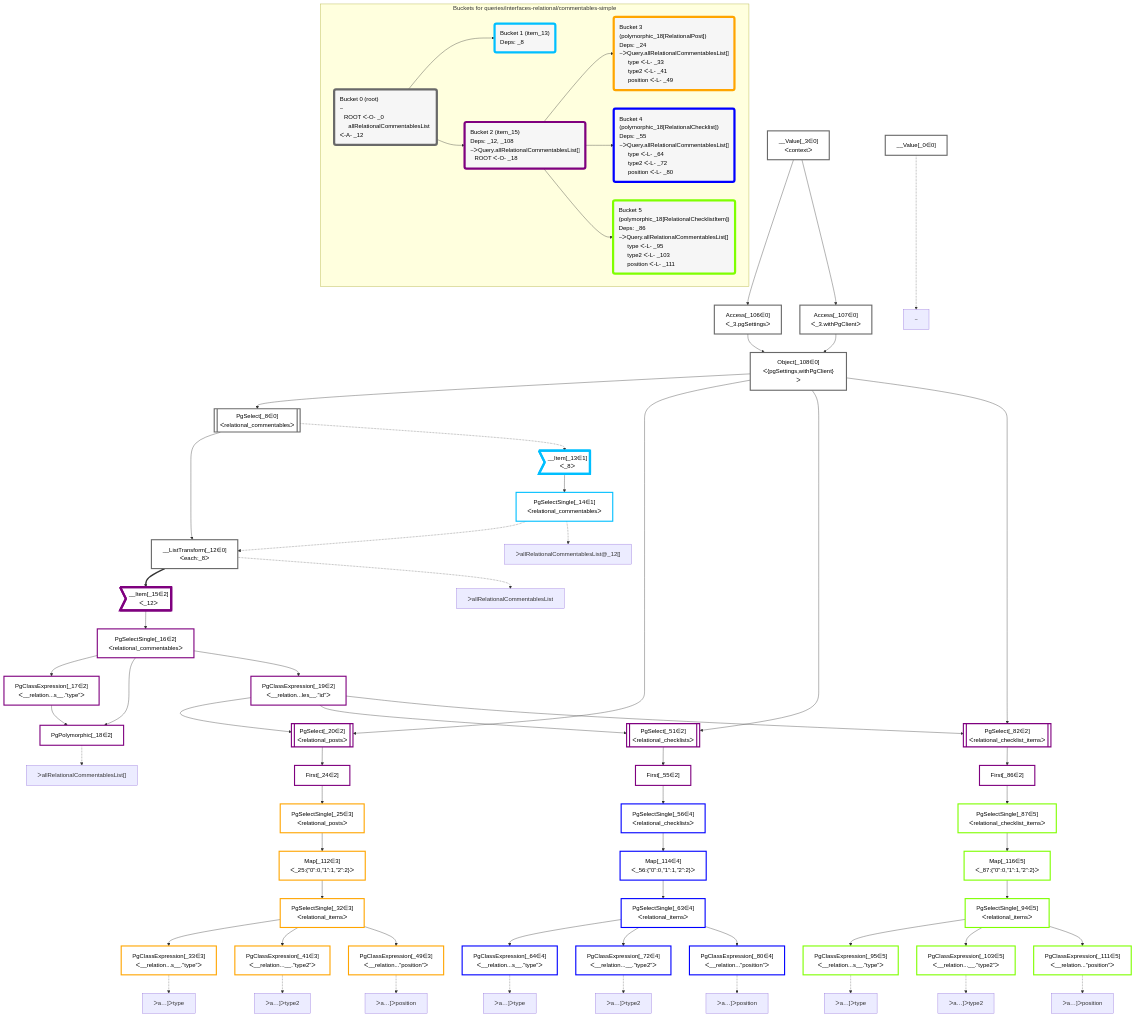
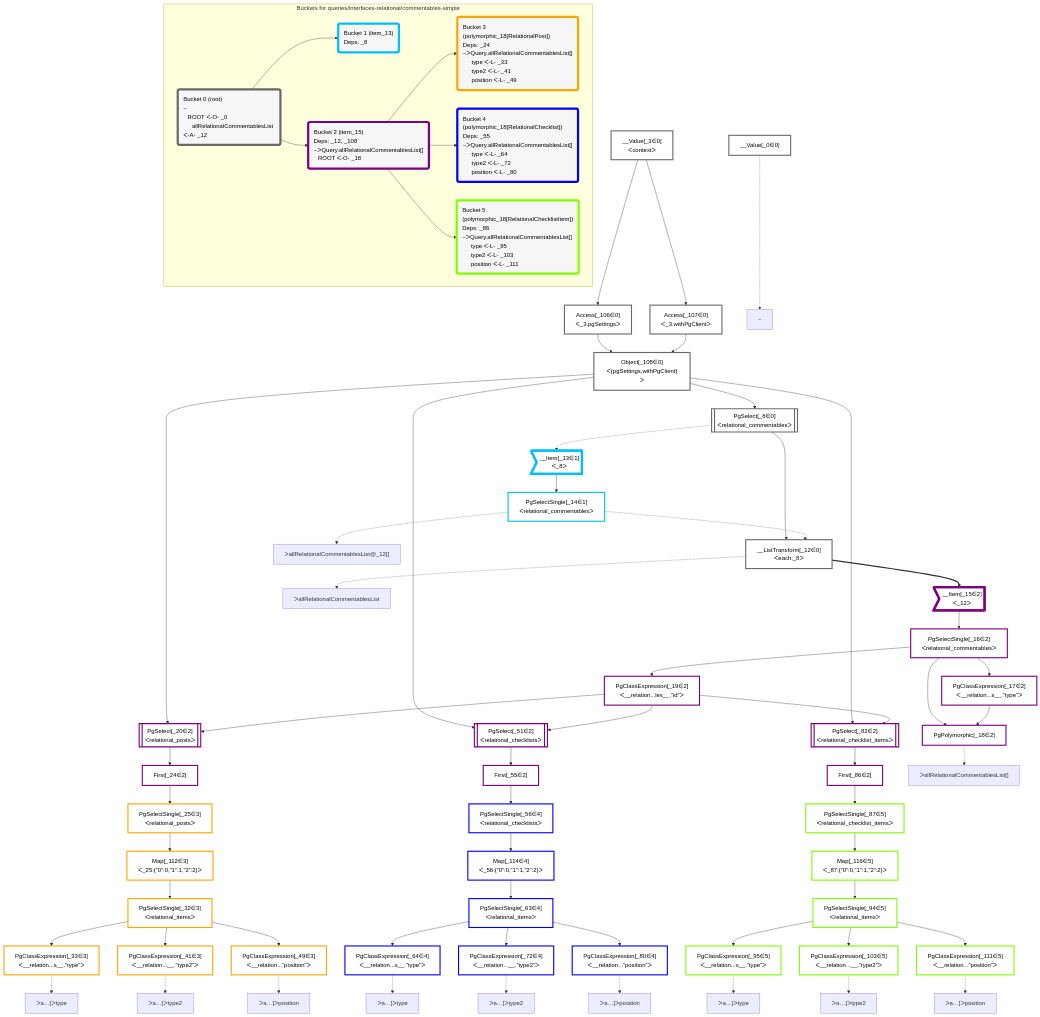
The diagram in packages/dataplan-pg/__tests__/queries/interfaces-relational/commentables-simple.deopt.mermaid.md (graphile/crystal), drawn with Mermaid before and after one commit. The commit also changed other lines of this file and 195 other files, not shown here.

```diff
--- a/packages/dataplan-pg/__tests__/queries/interfaces-relational/commentables-simple.deopt.mermaid.md
+++ b/packages/dataplan-pg/__tests__/queries/interfaces-relational/commentables-simple.deopt.mermaid.md
@@ -9,82 +9,82 @@
 
     %% define plans
     __Value_0["__Value[_0∈0]"]:::plan
-    __Value_3["__Value[_3∈0]<br />ᐸcontextᐳ"]:::plan
-    PgSelect_8[["PgSelect[_8∈0]<br />ᐸrelational_commentablesᐳ"]]:::plan
-    __ListTransform_12["__ListTransform[_12∈0]<br />ᐸeach:_8ᐳ"]:::plan
-    __Item_13>"__Item[_13∈1]<br />ᐸ_8ᐳ"]:::itemplan
-    PgSelectSingle_14["PgSelectSingle[_14∈1]<br />ᐸrelational_commentablesᐳ"]:::plan
-    __Item_15>"__Item[_15∈2]<br />ᐸ_12ᐳ"]:::itemplan
-    PgSelectSingle_16["PgSelectSingle[_16∈2]<br />ᐸrelational_commentablesᐳ"]:::plan
+    PgPolymorphic_18["PgPolymorphic[_18∈2]"]:::plan
     PgClassExpression_17["PgClassExpression[_17∈2]<br />ᐸ__relation...s__.”type”ᐳ"]:::plan
-    PgPolymorphic_18["PgPolymorphic[_18∈2]"]:::plan
-    PgClassExpression_19["PgClassExpression[_19∈2]<br />ᐸ__relation...les__.”id”ᐳ"]:::plan
-    PgSelect_20[["PgSelect[_20∈2]<br />ᐸrelational_postsᐳ"]]:::plan
-    First_24["First[_24∈2]"]:::plan
-    PgSelectSingle_25["PgSelectSingle[_25∈3]<br />ᐸrelational_postsᐳ"]:::plan
-    PgSelectSingle_32["PgSelectSingle[_32∈3]<br />ᐸrelational_itemsᐳ"]:::plan
     PgClassExpression_33["PgClassExpression[_33∈3]<br />ᐸ__relation...s__.”type”ᐳ"]:::plan
     PgClassExpression_41["PgClassExpression[_41∈3]<br />ᐸ__relation...__.”type2”ᐳ"]:::plan
     PgClassExpression_49["PgClassExpression[_49∈3]<br />ᐸ__relation...”position”ᐳ"]:::plan
-    PgSelect_51[["PgSelect[_51∈2]<br />ᐸrelational_checklistsᐳ"]]:::plan
-    First_55["First[_55∈2]"]:::plan
-    PgSelectSingle_56["PgSelectSingle[_56∈4]<br />ᐸrelational_checklistsᐳ"]:::plan
-    PgSelectSingle_63["PgSelectSingle[_63∈4]<br />ᐸrelational_itemsᐳ"]:::plan
+    PgSelectSingle_32["PgSelectSingle[_32∈3]<br />ᐸrelational_itemsᐳ"]:::plan
+    Map_112["Map[_112∈3]<br />ᐸ_25:{”0”:0,”1”:1,”2”:2}ᐳ"]:::plan
+    PgSelectSingle_25["PgSelectSingle[_25∈3]<br />ᐸrelational_postsᐳ"]:::plan
+    First_24["First[_24∈2]"]:::plan
+    PgSelect_20[["PgSelect[_20∈2]<br />ᐸrelational_postsᐳ"]]:::plan
     PgClassExpression_64["PgClassExpression[_64∈4]<br />ᐸ__relation...s__.”type”ᐳ"]:::plan
     PgClassExpression_72["PgClassExpression[_72∈4]<br />ᐸ__relation...__.”type2”ᐳ"]:::plan
     PgClassExpression_80["PgClassExpression[_80∈4]<br />ᐸ__relation...”position”ᐳ"]:::plan
-    PgSelect_82[["PgSelect[_82∈2]<br />ᐸrelational_checklist_itemsᐳ"]]:::plan
-    First_86["First[_86∈2]"]:::plan
-    PgSelectSingle_87["PgSelectSingle[_87∈5]<br />ᐸrelational_checklist_itemsᐳ"]:::plan
-    PgSelectSingle_94["PgSelectSingle[_94∈5]<br />ᐸrelational_itemsᐳ"]:::plan
+    PgSelectSingle_63["PgSelectSingle[_63∈4]<br />ᐸrelational_itemsᐳ"]:::plan
+    Map_114["Map[_114∈4]<br />ᐸ_56:{”0”:0,”1”:1,”2”:2}ᐳ"]:::plan
+    PgSelectSingle_56["PgSelectSingle[_56∈4]<br />ᐸrelational_checklistsᐳ"]:::plan
+    First_55["First[_55∈2]"]:::plan
+    PgSelect_51[["PgSelect[_51∈2]<br />ᐸrelational_checklistsᐳ"]]:::plan
     PgClassExpression_95["PgClassExpression[_95∈5]<br />ᐸ__relation...s__.”type”ᐳ"]:::plan
     PgClassExpression_103["PgClassExpression[_103∈5]<br />ᐸ__relation...__.”type2”ᐳ"]:::plan
+    PgClassExpression_111["PgClassExpression[_111∈5]<br />ᐸ__relation...”position”ᐳ"]:::plan
+    PgSelectSingle_94["PgSelectSingle[_94∈5]<br />ᐸrelational_itemsᐳ"]:::plan
+    Map_116["Map[_116∈5]<br />ᐸ_87:{”0”:0,”1”:1,”2”:2}ᐳ"]:::plan
+    PgSelectSingle_87["PgSelectSingle[_87∈5]<br />ᐸrelational_checklist_itemsᐳ"]:::plan
+    First_86["First[_86∈2]"]:::plan
+    PgSelect_82[["PgSelect[_82∈2]<br />ᐸrelational_checklist_itemsᐳ"]]:::plan
+    PgClassExpression_19["PgClassExpression[_19∈2]<br />ᐸ__relation...les__.”id”ᐳ"]:::plan
+    PgSelectSingle_16["PgSelectSingle[_16∈2]<br />ᐸrelational_commentablesᐳ"]:::plan
+    __Item_15>"__Item[_15∈2]<br />ᐸ_12ᐳ"]:::itemplan
+    __ListTransform_12["__ListTransform[_12∈0]<br />ᐸeach:_8ᐳ"]:::plan
+    PgSelectSingle_14["PgSelectSingle[_14∈1]<br />ᐸrelational_commentablesᐳ"]:::plan
+    __Item_13>"__Item[_13∈1]<br />ᐸ_8ᐳ"]:::itemplan
+    PgSelect_8[["PgSelect[_8∈0]<br />ᐸrelational_commentablesᐳ"]]:::plan
+    Object_108["Object[_108∈0]<br />ᐸ{pgSettings,withPgClient}ᐳ"]:::plan
     Access_106["Access[_106∈0]<br />ᐸ_3.pgSettingsᐳ"]:::plan
     Access_107["Access[_107∈0]<br />ᐸ_3.withPgClientᐳ"]:::plan
-    Object_108["Object[_108∈0]<br />ᐸ{pgSettings,withPgClient}ᐳ"]:::plan
-    PgClassExpression_111["PgClassExpression[_111∈5]<br />ᐸ__relation...”position”ᐳ"]:::plan
-    Map_112["Map[_112∈3]<br />ᐸ_25:{”0”:0,”1”:1,”2”:2}ᐳ"]:::plan
-    Map_114["Map[_114∈4]<br />ᐸ_56:{”0”:0,”1”:1,”2”:2}ᐳ"]:::plan
-    Map_116["Map[_116∈5]<br />ᐸ_87:{”0”:0,”1”:1,”2”:2}ᐳ"]:::plan
+    __Value_3["__Value[_3∈0]<br />ᐸcontextᐳ"]:::plan
 
     %% plan dependencies
-    Object_108 --> PgSelect_8
-    PgSelect_8 --> __ListTransform_12
-    PgSelectSingle_14 -.-> __ListTransform_12
-    PgSelect_8 -.-> __Item_13
-    __Item_13 --> PgSelectSingle_14
-    __ListTransform_12 ==> __Item_15
-    __Item_15 --> PgSelectSingle_16
+    PgSelectSingle_16 & PgClassExpression_17 --> PgPolymorphic_18
     PgSelectSingle_16 --> PgClassExpression_17
-    PgSelectSingle_16 & PgClassExpression_17 --> PgPolymorphic_18
-    PgSelectSingle_16 --> PgClassExpression_19
-    Object_108 & PgClassExpression_19 --> PgSelect_20
-    PgSelect_20 --> First_24
-    First_24 --> PgSelectSingle_25
-    Map_112 --> PgSelectSingle_32
     PgSelectSingle_32 --> PgClassExpression_33
     PgSelectSingle_32 --> PgClassExpression_41
     PgSelectSingle_32 --> PgClassExpression_49
-    Object_108 & PgClassExpression_19 --> PgSelect_51
-    PgSelect_51 --> First_55
-    First_55 --> PgSelectSingle_56
-    Map_114 --> PgSelectSingle_63
+    Map_112 --> PgSelectSingle_32
+    PgSelectSingle_25 --> Map_112
+    First_24 --> PgSelectSingle_25
+    PgSelect_20 --> First_24
+    Object_108 & PgClassExpression_19 --> PgSelect_20
     PgSelectSingle_63 --> PgClassExpression_64
     PgSelectSingle_63 --> PgClassExpression_72
     PgSelectSingle_63 --> PgClassExpression_80
-    Object_108 & PgClassExpression_19 --> PgSelect_82
-    PgSelect_82 --> First_86
-    First_86 --> PgSelectSingle_87
-    Map_116 --> PgSelectSingle_94
+    Map_114 --> PgSelectSingle_63
+    PgSelectSingle_56 --> Map_114
+    First_55 --> PgSelectSingle_56
+    PgSelect_51 --> First_55
+    Object_108 & PgClassExpression_19 --> PgSelect_51
     PgSelectSingle_94 --> PgClassExpression_95
     PgSelectSingle_94 --> PgClassExpression_103
+    PgSelectSingle_94 --> PgClassExpression_111
+    Map_116 --> PgSelectSingle_94
+    PgSelectSingle_87 --> Map_116
+    First_86 --> PgSelectSingle_87
+    PgSelect_82 --> First_86
+    Object_108 & PgClassExpression_19 --> PgSelect_82
+    PgSelectSingle_16 --> PgClassExpression_19
+    __Item_15 --> PgSelectSingle_16
+    __ListTransform_12 ==> __Item_15
+    PgSelect_8 --> __ListTransform_12
+    PgSelectSingle_14 -.-> __ListTransform_12
+    __Item_13 --> PgSelectSingle_14
+    PgSelect_8 -.-> __Item_13
+    Object_108 --> PgSelect_8
+    Access_106 & Access_107 --> Object_108
     __Value_3 --> Access_106
     __Value_3 --> Access_107
-    Access_106 & Access_107 --> Object_108
-    PgSelectSingle_94 --> PgClassExpression_111
-    PgSelectSingle_25 --> Map_112
-    PgSelectSingle_56 --> Map_114
-    PgSelectSingle_87 --> Map_116
 
     %% plan-to-path relationships
     P_0["~"]
```
